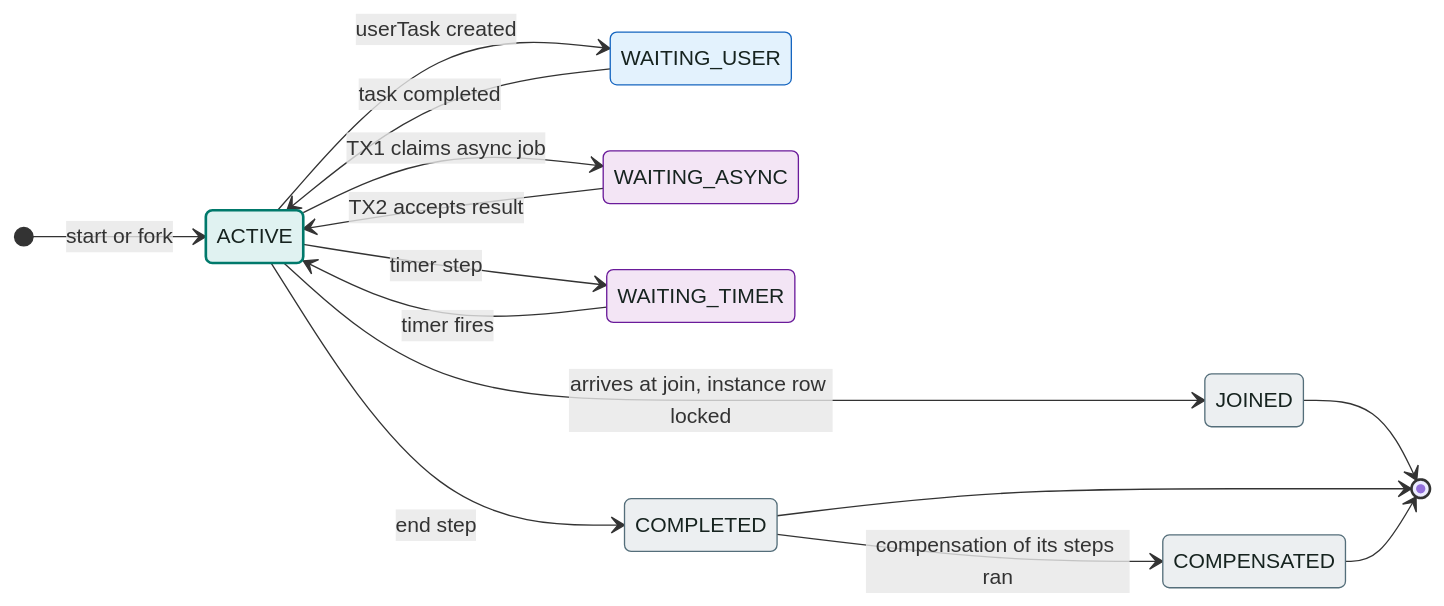
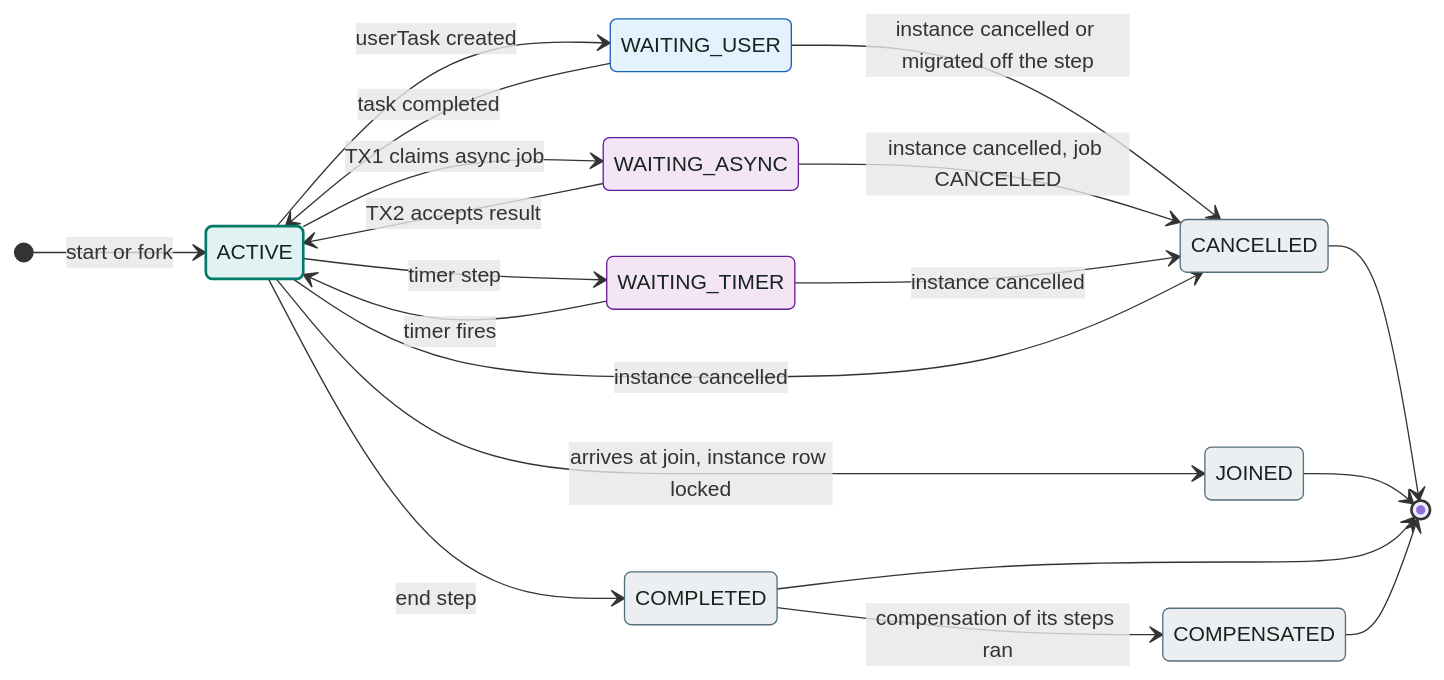
One commit to dhluong90/horus-Agentic-BPM changed the diagram in process-engine/docs/diagrams/token-states.mmd. Above: the diagram before and after it, drawn with Mermaid. The commit also changed 42 other files, not shown here.

First line of the commit message:
docs: architecture for full BPMN 2.0 and DMN support, no CMMN

```diff
--- a/process-engine/docs/diagrams/token-states.mmd
+++ b/process-engine/docs/diagrams/token-states.mmd
@@ -1,23 +1,28 @@
 stateDiagram-v2
   direction LR
   [*] --> ACTIVE: start or fork
   ACTIVE --> WAITING_USER: userTask created
   WAITING_USER --> ACTIVE: task completed
   ACTIVE --> WAITING_ASYNC: TX1 claims async job
   WAITING_ASYNC --> ACTIVE: TX2 accepts result
   ACTIVE --> WAITING_TIMER: timer step
   WAITING_TIMER --> ACTIVE: timer fires
   ACTIVE --> JOINED: arrives at join, instance row locked
   ACTIVE --> COMPLETED: end step
   COMPLETED --> COMPENSATED: compensation of its steps ran
+  WAITING_USER --> CANCELLED: instance cancelled or migrated off the step
+  WAITING_ASYNC --> CANCELLED: instance cancelled, job CANCELLED
+  WAITING_TIMER --> CANCELLED: instance cancelled
+  ACTIVE --> CANCELLED: instance cancelled
+  CANCELLED --> [*]
   JOINED --> [*]
   COMPLETED --> [*]
   COMPENSATED --> [*]
   classDef engine fill:#E0F2F1,stroke:#00796B,stroke-width:2px,color:#16231F
   classDef client fill:#E3F2FD,stroke:#1565C0,color:#16231F
   classDef external fill:#F3E5F5,stroke:#6A1B9A,color:#16231F
   classDef obs fill:#ECEFF1,stroke:#546E7A,color:#16231F
   class ACTIVE engine
   class WAITING_USER client
   class WAITING_ASYNC,WAITING_TIMER external
-  class JOINED,COMPLETED,COMPENSATED obs
+  class JOINED,COMPLETED,COMPENSATED,CANCELLED obs
```
